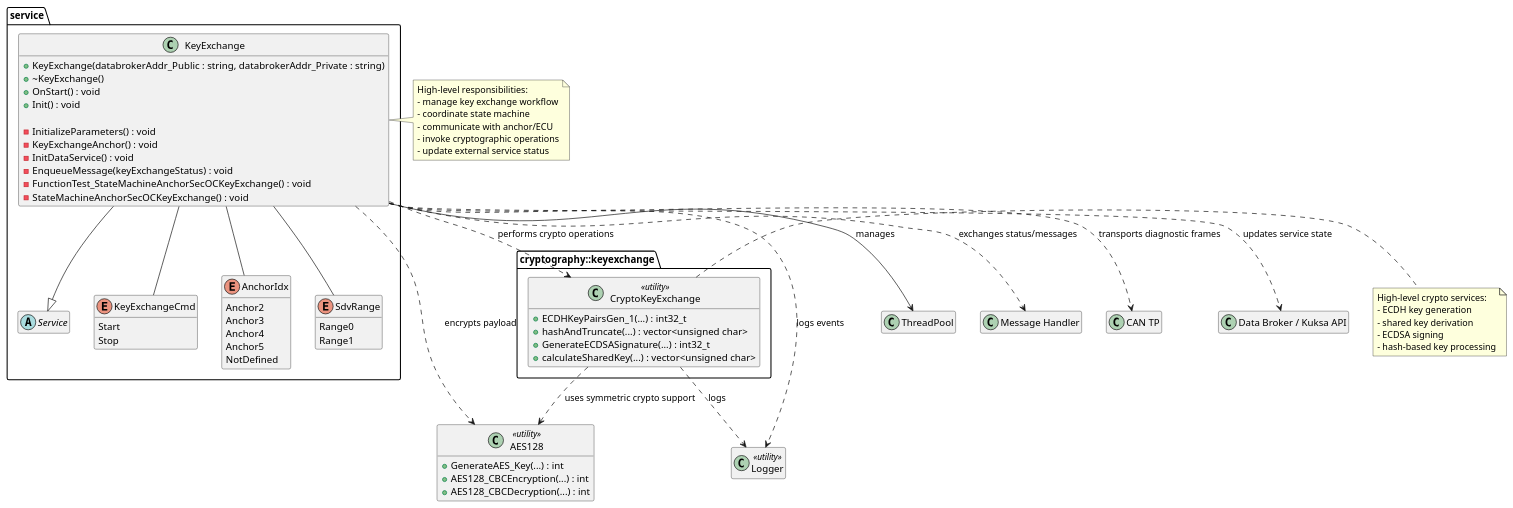
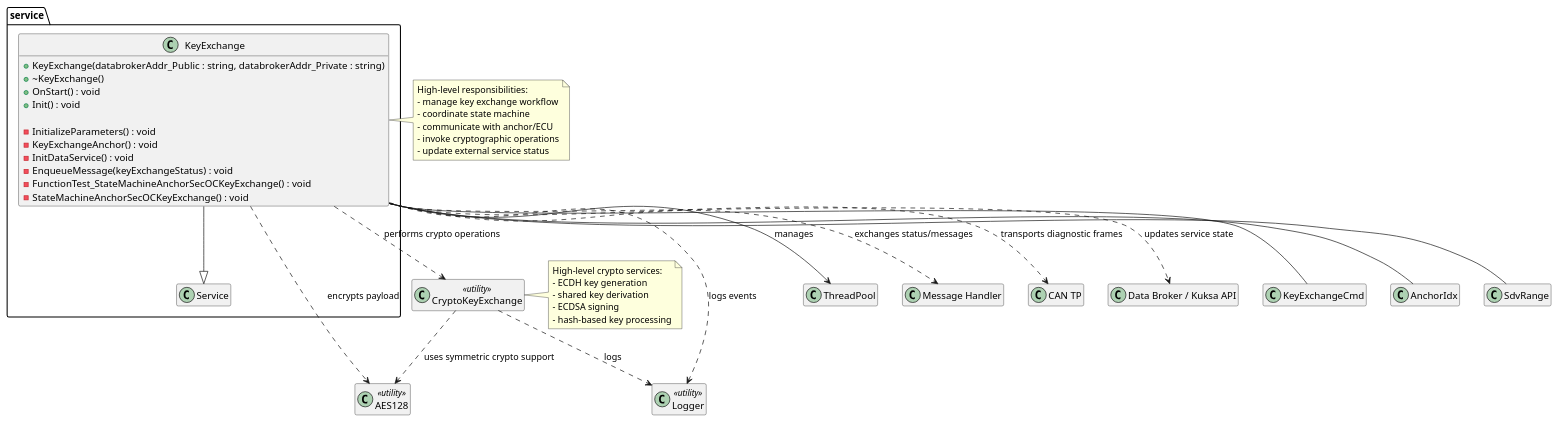
The diagram in diagrams/general_class_diagram.puml (VoLinhTruc/Bosch_Internship_DaoHongMinh), drawn with PlantUML before and after one commit. The commit also changed 1 other file, not shown here.

```diff
--- a/diagrams/general_class_diagram.puml
+++ b/diagrams/general_class_diagram.puml
@@ -1,95 +1,68 @@
 @startuml RelationBetweenClasses
 'skinparam classAttributeIconSize 0
 hide empty members
 
 namespace service {
-  abstract class "Service" as Svc
+  class "Service" as Svc
 
   class "KeyExchange" as KE {
     + KeyExchange(databrokerAddr_Public : string, databrokerAddr_Private : string)
     + ~KeyExchange()
     + OnStart() : void
     + Init() : void
 
     - InitializeParameters() : void
     - KeyExchangeAnchor() : void
     - InitDataService() : void
     - EnqueueMessage(keyExchangeStatus) : void
     - FunctionTest_StateMachineAnchorSecOCKeyExchange() : void
     - StateMachineAnchorSecOCKeyExchange() : void
   }
+}
 
-  enum "KeyExchangeCmd" as KeyExchangeCmd {
-    Start
-    Stop
+  class "CryptoKeyExchange" as CKX <<utility>> {
   }
 
-  enum "AnchorIdx" as AnchorIdx {
-    Anchor2
-    Anchor3
-    Anchor4
-    Anchor5
-    NotDefined
-  }
-
-  enum "SdvRange" as SdvRange {
-    Range0
-    Range1
-  }
-}
-
-package "cryptography::keyexchange" {
-  class "CryptoKeyExchange" as CKX <<utility>> {
-    + ECDHKeyPairsGen_1(...) : int32_t
-    + hashAndTruncate(...) : vector<unsigned char>
-    + GenerateECDSASignature(...) : int32_t
-    + calculateSharedKey(...) : vector<unsigned char>
-  }
-}
-
 class "AES128" as AES128 <<utility>> {
-  + GenerateAES_Key(...) : int
-  + AES128_CBCEncryption(...) : int
-  + AES128_CBCDecryption(...) : int
 }
 
 class "Logger" as Logger <<utility>>
 class "ThreadPool" as ThreadPool
 class "Message Handler" as MsgHandler
 class "CAN TP" as CanTp
 class "Data Broker / Kuksa API" as Kuksa
 
 KE --|> Svc
 KE -- KeyExchangeCmd
 KE -- AnchorIdx
 KE -- SdvRange
 
 KE --> ThreadPool : manages
 KE ..> MsgHandler : exchanges status/messages
 KE ..> CanTp : transports diagnostic frames
 KE ..> Kuksa : updates service state
 KE ..> CKX : performs crypto operations
 KE ..> AES128 : encrypts payload
 KE ..> Logger : logs events
 
 CKX ..> AES128 : uses symmetric crypto support
 CKX ..> Logger : logs
 
 note right of KE
   High-level responsibilities:
   - manage key exchange workflow
   - coordinate state machine
   - communicate with anchor/ECU
   - invoke cryptographic operations
   - update external service status
 end note
 
 note right of CKX
   High-level crypto services:
   - ECDH key generation
   - shared key derivation
   - ECDSA signing
   - hash-based key processing
 end note
 
 @enduml
```
